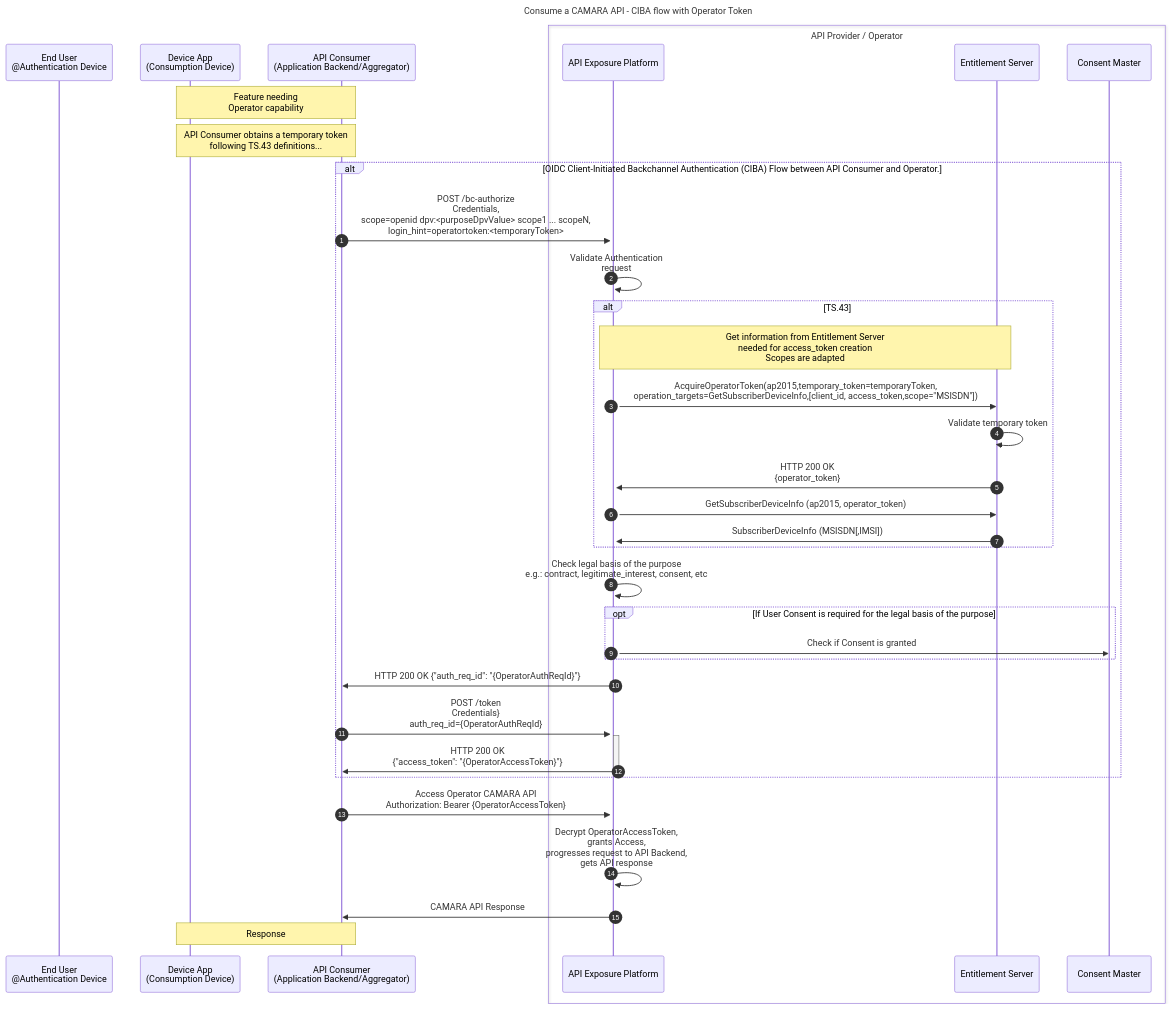
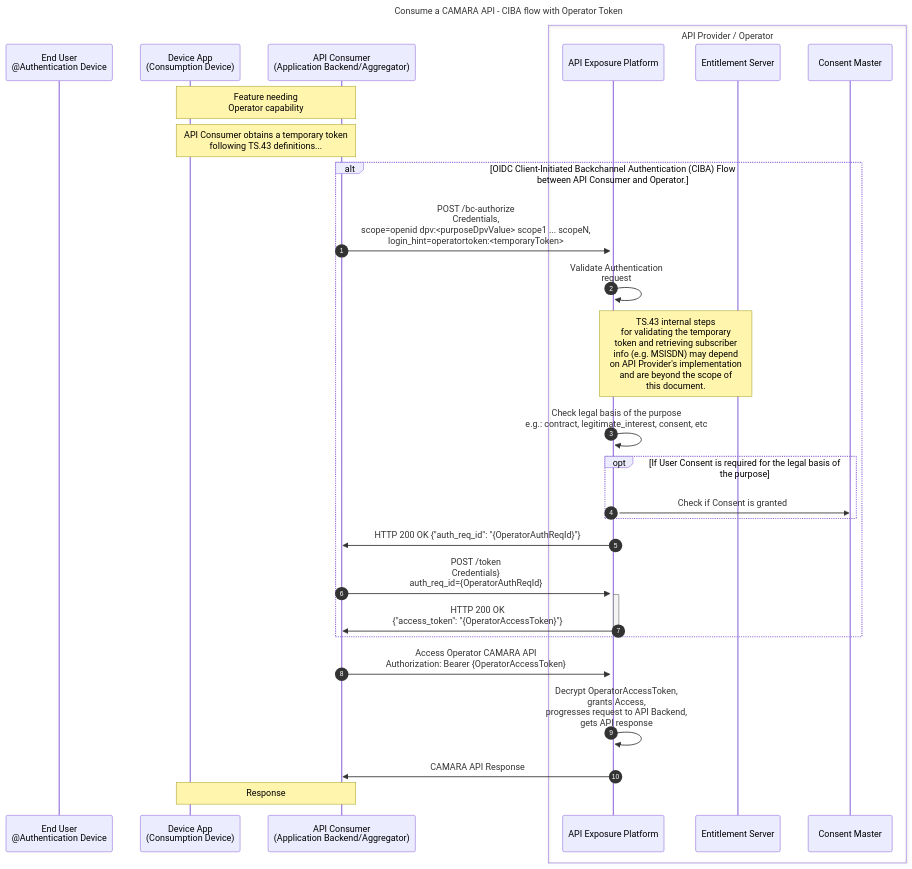
Before and after one commit to camaraproject/IdentityAndConsentManagement: the third of 5 diagrams in documentation/CAMARA-API-access-and-user-consent.md, drawn with Mermaid. The commit also changed other lines of this file, not shown here.

````diff
--- a/documentation/CAMARA-API-access-and-user-consent.md
+++ b/documentation/CAMARA-API-access-and-user-consent.md
@@ -262,40 +262,33 @@
 ```mermaid
 sequenceDiagram
 autonumber
 title Consume a CAMARA API - CIBA flow with Operator Token
 participant User as End User<br>@Authentication Device
 participant FE as Device App<br>(Consumption Device)
 participant BE as API Consumer<br>(Application Backend/Aggregator)  
 box API Provider / Operator
   participant ExpO as API Exposure Platform
   participant ES as Entitlement Server  
   participant Consent as Consent Master
 end
 
 Note over FE,BE: Feature needing<br>Operator capability  
 Note over FE,BE: API Consumer obtains a temporary token<br>following TS.43 definitions...  
 
 alt OIDC Client-Initiated Backchannel Authentication (CIBA) Flow between API Consumer and Operator.
   BE->>+ExpO: POST /bc-authorize<br>Credentials,<br>scope=openid dpv:<purposeDpvValue> scope1 ... scopeN,<br>login_hint=operatortoken:<temporaryToken>    
   ExpO->>ExpO: Validate Authentication<br>request
-  alt TS.43
-    Note over ExpO,ES: Get information from Entitlement Server<br> needed for access_token creation<br>Scopes are adapted
-    ExpO->>ES: AcquireOperatorToken(ap2015,temporary_token=temporaryToken,<br>operation_targets=GetSubscriberDeviceInfo,[client_id, access_token,scope="MSISDN"]) 
-    ES->>ES: Validate temporary token
-    ES->>ExpO: HTTP 200 OK <br>{operator_token}
-    ExpO->>ES: GetSubscriberDeviceInfo (ap2015, operator_token) 
-    ES->>ExpO: SubscriberDeviceInfo (MSISDN[,IMSI])
-  end
+  Note over ExpO,ES: TS.43 internal steps<br>for validating the temporary<br>token and retrieving subscriber<br>info (e.g. MSISDN) may depend<br>on API Provider's implementation<br>and are beyond the scope of<br>this document.
   ExpO->>ExpO: Check legal basis of the purpose<br> e.g.: contract, legitimate_interest, consent, etc
   opt If User Consent is required for the legal basis of the purpose  
     ExpO->>Consent: Check if Consent is granted
   end
   ExpO->>BE: HTTP 200 OK {"auth_req_id": "{OperatorAuthReqId}"}
   BE->>+ExpO: POST /token <br>Credentials}<br>auth_req_id={OperatorAuthReqId}    
   ExpO->>-BE: HTTP 200 OK <br>{"access_token": "{OperatorAccessToken}"} 
 end
 BE->>ExpO: Access Operator CAMARA API<br>Authorization: Bearer {OperatorAccessToken}    
 ExpO->>ExpO: Decrypt OperatorAccessToken,<br>grants Access,<br>progresses request to API Backend,<br>gets API response  
 ExpO->>BE: CAMARA API Response
 Note over BE,FE: Response
 ```
````
